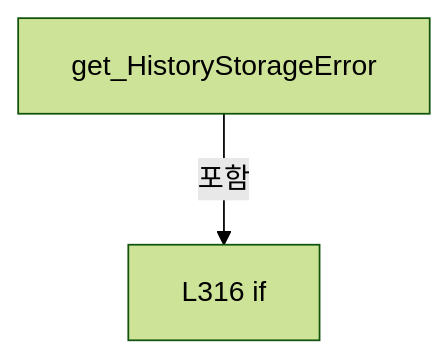
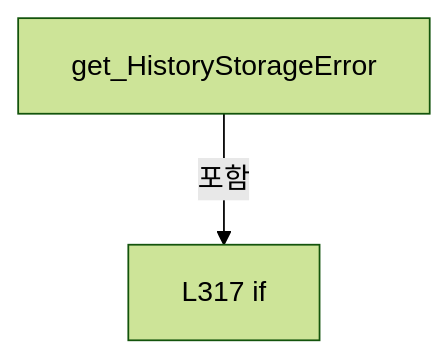
One commit to kjuws10-rgb/Shared changed diagram 11 of 21 in A3 LD Code Ref/files/Drilling.Common/Alarm/CAlarmManager.cs.md. Above: the diagram before and after it, drawn with Mermaid (forest theme). The commit also changed other lines of this file and 2071 other files, not shown here.

Commit message:
docs(a3): update 11.19.0 architecture and code reference

````diff
--- a/A3 LD Code Ref/files/Drilling.Common/Alarm/CAlarmManager.cs.md
+++ b/A3 LD Code Ref/files/Drilling.Common/Alarm/CAlarmManager.cs.md
@@ -1920,6 +1920,6 @@
 ```mermaid
 flowchart TD
  M["get_HistoryStorageError"]
- N0["L316 if"]
+ N0["L317 if"]
  M -->|포함| N0
 ```
````
